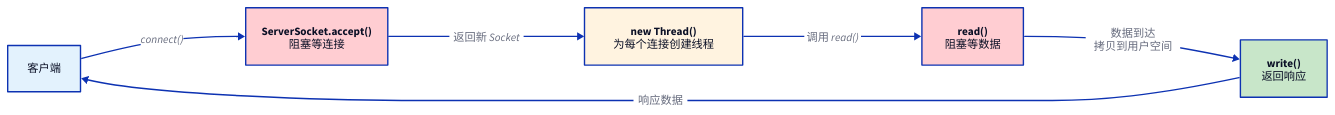
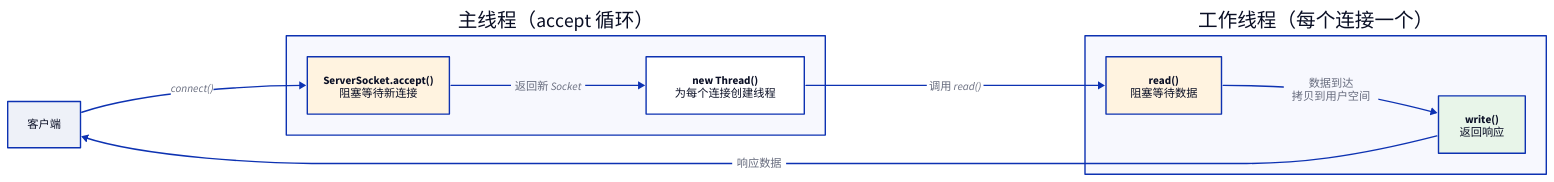
One commit to zhleeo/zlab changed the diagram in diagrams/bio-flow.d2. Above: the diagram before and after it, drawn with D2. The commit also changed 11 other files, not shown here.

```diff
--- a/diagrams/bio-flow.d2
+++ b/diagrams/bio-flow.d2
@@ -1,17 +1,34 @@
+# BIO 阻塞 I/O 模型：一线程一连接
 direction: right
 
-客户端: "客户端" {style.fill: "#e3f2fd"}
+客户端: 客户端 {
+  style.fill: "#EEF1F8"
+}
 
-accept_block: "ServerSocket.accept()\n阻塞等连接" {style.fill: "#ffcdd2"}
+主线程: {
+  label: 主线程（accept 循环）
+  style.fill: "#F7F8FE"
+  accept: "ServerSocket.accept()\n阻塞等待新连接" {
+    style.fill: "#FFF3E0"
+  }
+  spawn: "new Thread()\n为每个连接创建线程" {
+    style.fill: "#FFFFFF"
+  }
+}
 
-thread: "new Thread()\n为每个连接创建线程" {style.fill: "#fff3e0"}
+工作线程: {
+  label: 工作线程（每个连接一个）
+  style.fill: "#F7F8FE"
+  read: "read()\n阻塞等待数据" {
+    style.fill: "#FFF3E0"
+  }
+  write: "write()\n返回响应" {
+    style.fill: "#E8F5E9"
+  }
+}
 
-read_block: "read()\n阻塞等数据" {style.fill: "#ffcdd2"}
-
-write: "write()\n返回响应" {style.fill: "#c8e6c9"}
-
-客户端 -> accept_block: connect()
-accept_block -> thread: 返回新 Socket
-thread -> read_block: 调用 read()
-read_block -> write: 数据到达\n拷贝到用户空间
-write -> 客户端: 响应数据
+客户端 -> 主线程.accept: connect()
+主线程.accept -> 主线程.spawn: 返回新 Socket
+主线程.spawn -> 工作线程.read: 调用 read()
+工作线程.read -> 工作线程.write: 数据到达\n拷贝到用户空间
+工作线程.write -> 客户端: 响应数据
```
